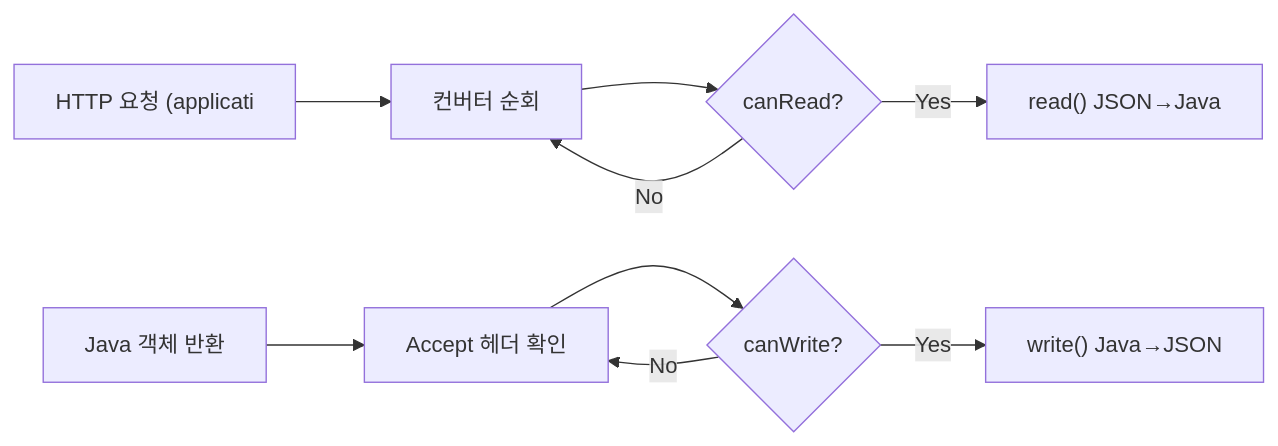
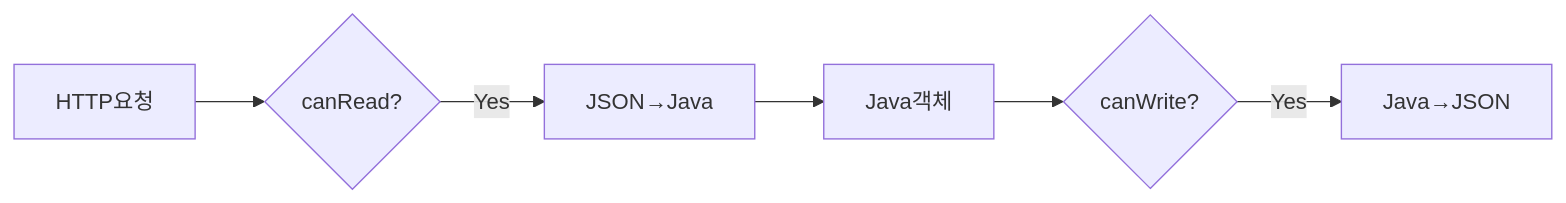
Before and after one commit to yjkim2015/yjkim2015.github.io: the ninth of 14 diagrams in _posts/spring/2026-05-02-spring-mvc-deep.md, drawn with Mermaid. The commit also changed other lines of this file and 163 other files, not shown here.

First line of the commit message:
Mermaid 300개 블록 내용 축소: 5노드 5엣지 이하, 의미 있는 약어

````diff
--- a/_posts/spring/2026-05-02-spring-mvc-deep.md
+++ b/_posts/spring/2026-05-02-spring-mvc-deep.md
@@ -626,11 +613,8 @@
 ```mermaid
-flowchart LR
-    A["HTTP 요청 (applicati"] --> B["컨버터 순회"]
-    B --> C{"canRead?"}
-    C -->|Yes| D["read() JSON→Java"]
-    C -->|No| B
-    F["Java 객체 반환"] --> G["Accept 헤더 확인"]
-    G --> H{"canWrite?"}
-    H -->|Yes| I["write() Java→JSON"]
-    H -->|No| G
+graph LR
+    A[HTTP요청] --> B{canRead?}
+    B -->|Yes| C[JSON→Java]
+    C --> D[Java객체]
+    D --> E{canWrite?}
+    E -->|Yes| F[Java→JSON]
 ```
````
